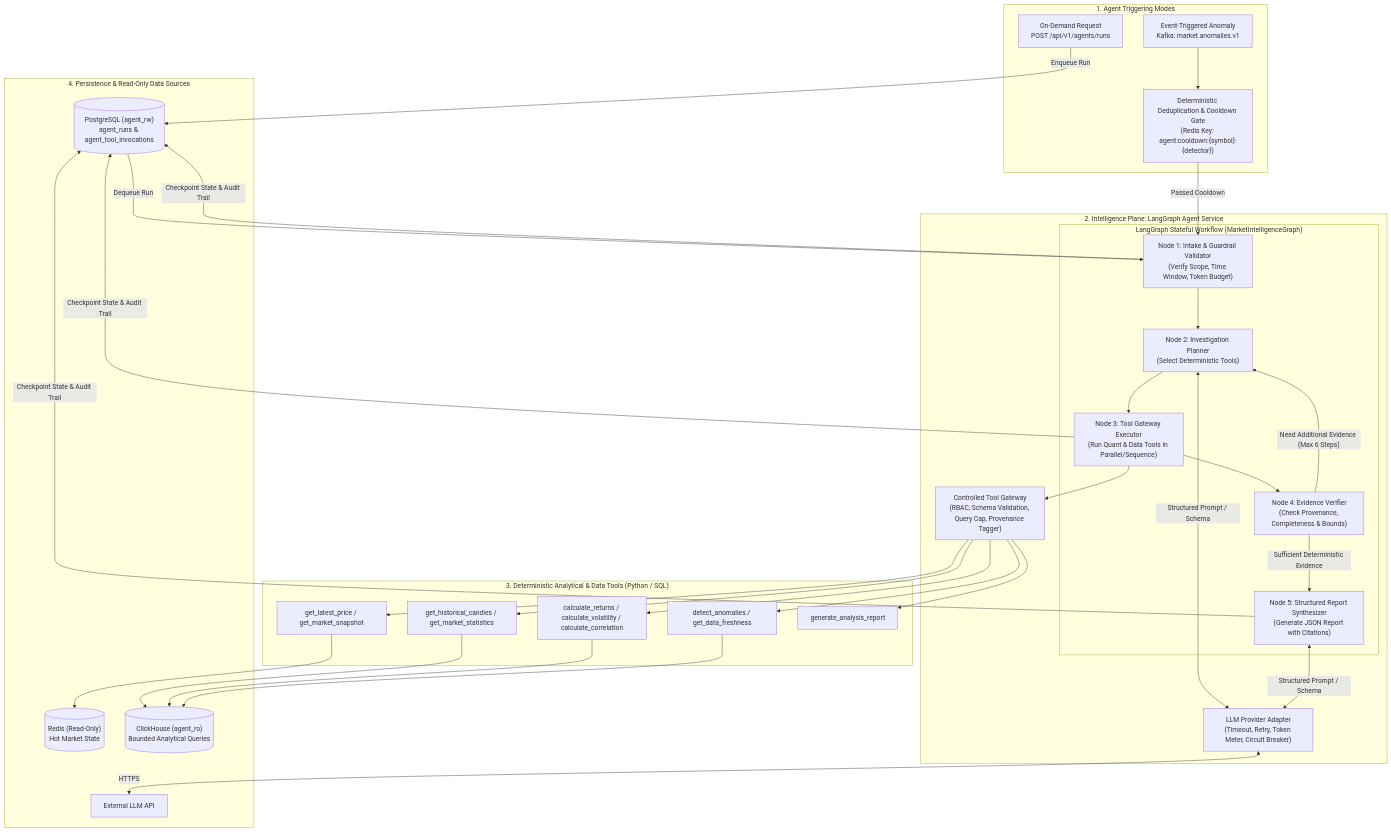
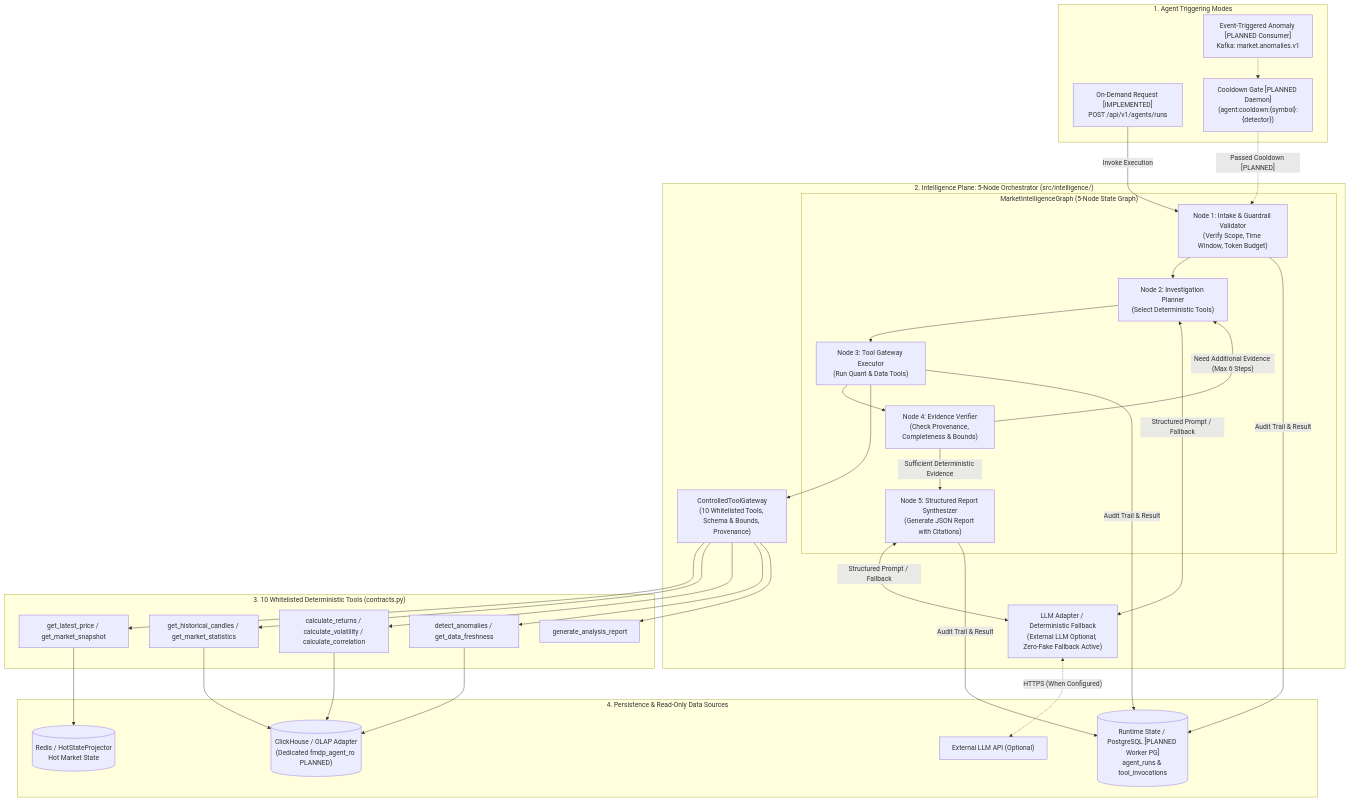
The diagram in docs/diagrams/agent/12-agentic-intelligence-architecture.md (DungTran1201/FinancialMarketDataPlatform), drawn with Mermaid before and after one commit. The commit also changed other lines of this file and 141 other files, not shown here.

Commit message:
docs: add comprehensive architecture documentation, data models, and agent definitions

````diff
--- a/docs/diagrams/agent/12-agentic-intelligence-architecture.md
+++ b/docs/diagrams/agent/12-agentic-intelligence-architecture.md
@@ -14,55 +25,53 @@
 ```mermaid
 flowchart TB
     subgraph Triggers["1. Agent Triggering Modes"]
-        UserTrigger["On-Demand Request<br/>POST /api/v1/agents/runs"]
-        AnomalyStream["Event-Triggered Anomaly<br/>Kafka: market.anomalies.v1"]
-        CooldownFilter["Deterministic Deduplication & Cooldown Gate<br/>(Redis Key: agent:cooldown:{symbol}:{detector})"]
+        UserTrigger["On-Demand Request [IMPLEMENTED]<br/>POST /api/v1/agents/runs"]
+        AnomalyStream["Event-Triggered Anomaly [PLANNED Consumer]<br/>Kafka: market.anomalies.v1"]
+        CooldownFilter["Cooldown Gate [PLANNED Daemon]<br/>(agent:cooldown:{symbol}:{detector})"]
     end
 
-    subgraph AgentService["2. Intelligence Plane: LangGraph Agent Service"]
-        subgraph LangGraphWorkflow["LangGraph Stateful Workflow (MarketIntelligenceGraph)"]
+    subgraph AgentService["2. Intelligence Plane: 5-Node Orchestrator (src/intelligence/)"]
+        subgraph LangGraphWorkflow["MarketIntelligenceGraph (5-Node State Graph)"]
             N1["Node 1: Intake & Guardrail Validator<br/>(Verify Scope, Time Window, Token Budget)"]
             N2["Node 2: Investigation Planner<br/>(Select Deterministic Tools)"]
-            N3["Node 3: Tool Gateway Executor<br/>(Run Quant & Data Tools in Parallel/Sequence)"]
+            N3["Node 3: Tool Gateway Executor<br/>(Run Quant & Data Tools)"]
             N4["Node 4: Evidence Verifier<br/>(Check Provenance, Completeness & Bounds)"]
             N5["Node 5: Structured Report Synthesizer<br/>(Generate JSON Report with Citations)"]
 
             N1 --> N2 --> N3 --> N4
             N4 -->|"Need Additional Evidence (Max 6 Steps)"| N2
             N4 -->|"Sufficient Deterministic Evidence"| N5
         end
 
-        LLMAdapter["LLM Provider Adapter<br/>(Timeout, Retry, Token Meter, Circuit Breaker)"]
-        ToolGW["Controlled Tool Gateway<br/>(RBAC, Schema Validation, Query Cap, Provenance Tagger)"]
+        LLMAdapter["LLM Adapter / Deterministic Fallback<br/>(External LLM Optional; Zero-Fake Fallback Active)"]
+        ToolGW["ControlledToolGateway<br/>(10 Whitelisted Tools, Schema & Bounds, Provenance)"]
     end
 
-    subgraph DeterministicTools["3. Deterministic Analytical & Data Tools (Python / SQL)"]
+    subgraph DeterministicTools["3. 10 Whitelisted Deterministic Tools (contracts.py)"]
         TPrice["get_latest_price / get_market_snapshot"]
         THist["get_historical_candles / get_market_statistics"]
         TQuant["calculate_returns / calculate_volatility / calculate_correlation"]
         TAnom["detect_anomalies / get_data_freshness"]
         TRep["generate_analysis_report"]
     end
 
     subgraph DataAndState["4. Persistence & Read-Only Data Sources"]
-        PGState[("PostgreSQL (agent_rw)<br/>agent_runs & agent_tool_invocations")]
-        RedisRO[("Redis (Read-Only)<br/>Hot Market State")]
-        CHRO[("ClickHouse (agent_ro)<br/>Bounded Analytical Queries")]
-        LLMCloud["External LLM API"]
+        PGState[("Runtime State / PostgreSQL [PLANNED Worker PG]<br/>agent_runs & tool_invocations")]
+        RedisRO[("Redis / HotStateProjector<br/>Hot Market State")]
+        CHRO[("ClickHouse / OLAP Adapter<br/>(Dedicated fmdp_agent_ro PLANNED)")]
+        LLMCloud["External LLM API (Optional)"]
     end
 
-    UserTrigger -->|"Enqueue Run"| PGState
-    AnomalyStream --> CooldownFilter
-    CooldownFilter -->|"Passed Cooldown"| N1
-    PGState -->|"Dequeue Run"| N1
+    UserTrigger -->|"Invoke Execution"| N1
+    AnomalyStream -.-> CooldownFilter -.->|"Passed Cooldown [PLANNED]"| N1
 
-    N2 & N5 <-->|"Structured Prompt / Schema"| LLMAdapter
-    LLMAdapter <-->|"HTTPS"| LLMCloud
+    N2 & N5 <-->|"Structured Prompt / Fallback"| LLMAdapter
+    LLMAdapter <-.->|"HTTPS (When Configured)"| LLMCloud
 
     N3 --> ToolGW
     ToolGW --> TPrice & THist & TQuant & TAnom & TRep
     TPrice --> RedisRO
     THist & TQuant & TAnom --> CHRO
 
-    N1 & N3 & N5 -->|"Checkpoint State & Audit Trail"| PGState
+    N1 & N3 & N5 -->|"Audit Trail & Result"| PGState
 ```
````
